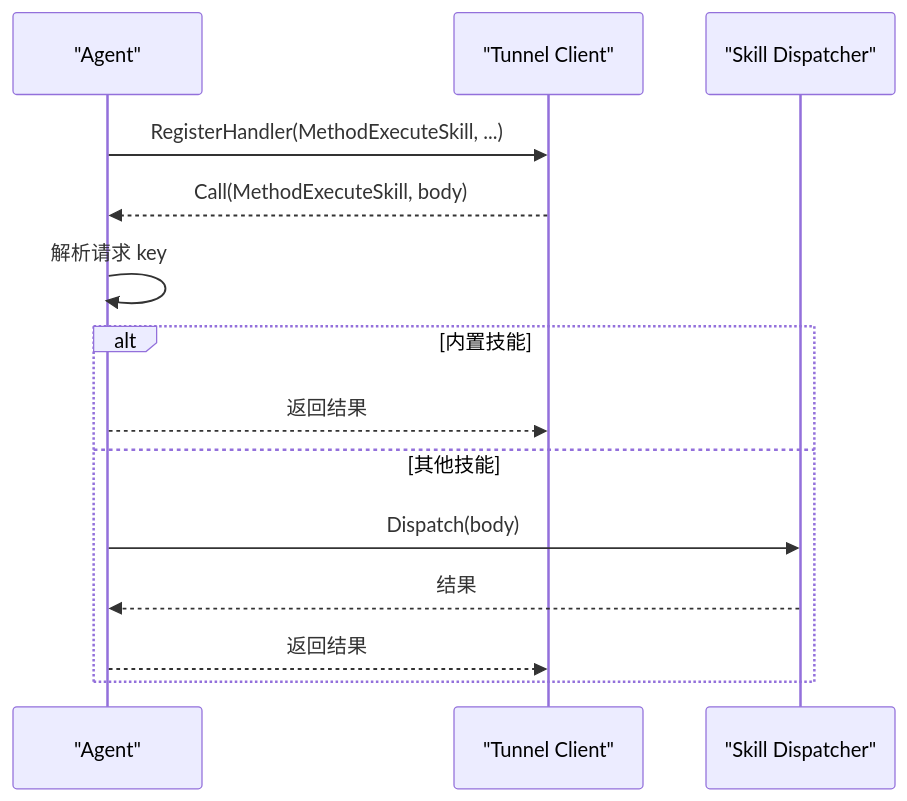
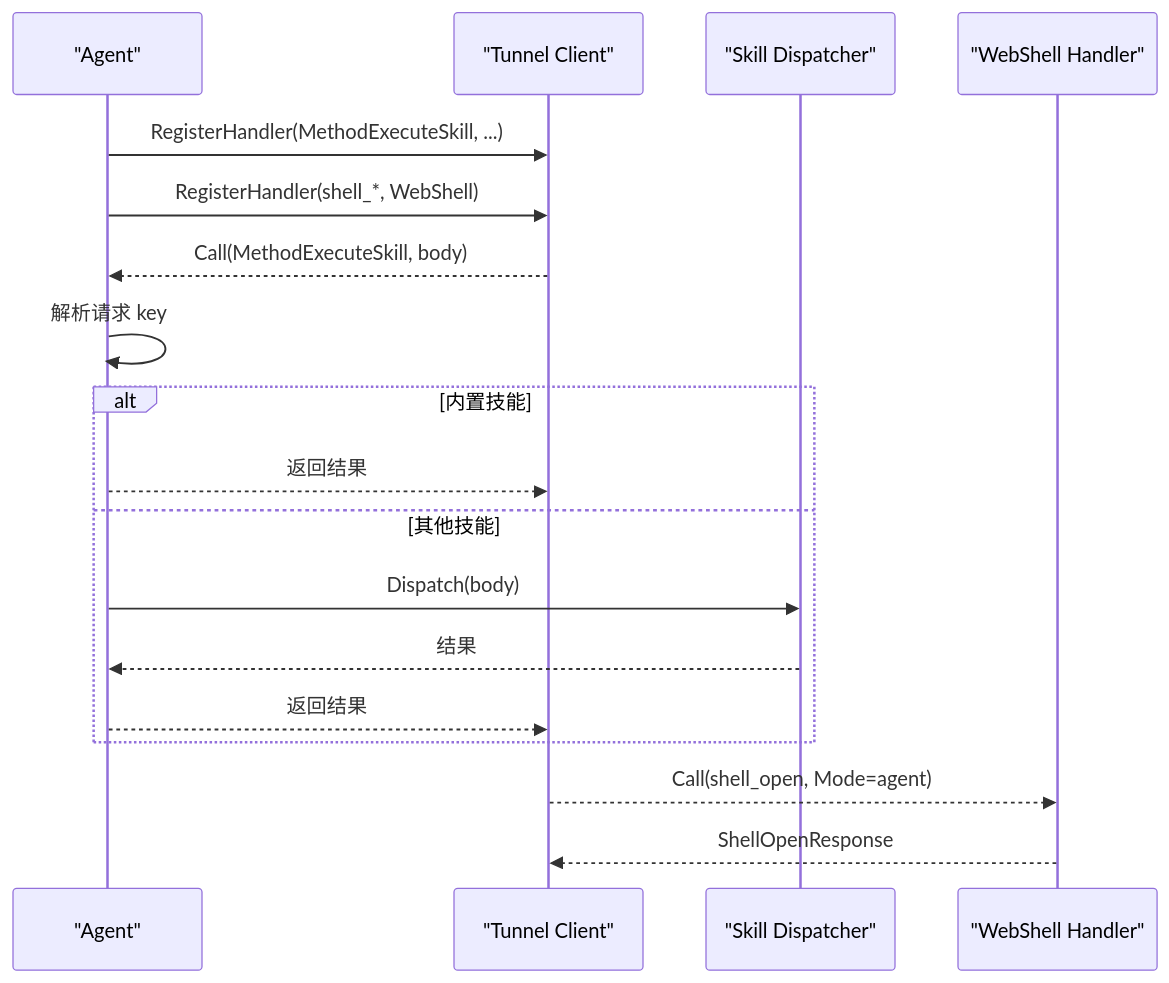
One commit to xied1133-oss/ongrid changed the eighth of 10 diagrams in .qoder/repowiki/zh/content/设备管理/远程执行与安全.md. Above: the diagram before and after it, drawn with Mermaid. The commit also changed other lines of this file and 131 other files, not shown here.

````diff
--- a/.qoder/repowiki/zh/content/设备管理/远程执行与安全.md
+++ b/.qoder/repowiki/zh/content/设备管理/远程执行与安全.md
@@ -282,16 +346,20 @@
 ```mermaid
 sequenceDiagram
 participant A as "Agent"
 participant T as "Tunnel Client"
 participant S as "Skill Dispatcher"
+participant W as "WebShell Handler"
 A->>T : RegisterHandler(MethodExecuteSkill, ...)
+A->>T : RegisterHandler(shell_*, WebShell)
 T-->>A : Call(MethodExecuteSkill, body)
 A->>A : 解析请求 key
 alt 内置技能
 A-->>T : 返回结果
 else 其他技能
 A->>S : Dispatch(body)
 S-->>A : 结果
 A-->>T : 返回结果
 end
+T-->>W : Call(shell_open, Mode=agent)
+W-->>T : ShellOpenResponse
 ```
````
